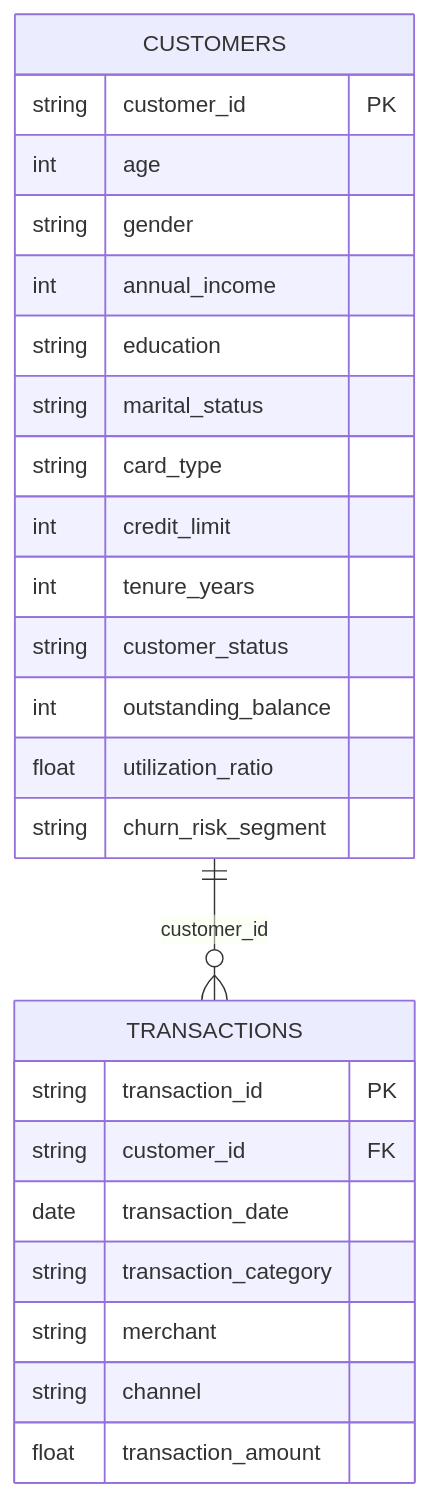
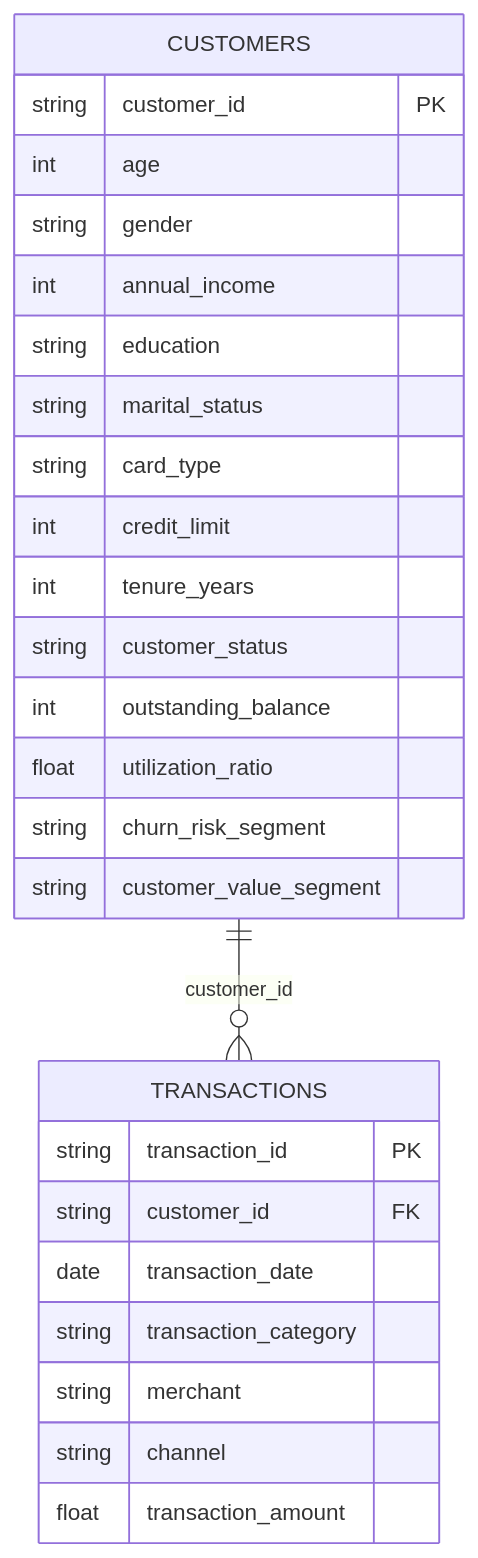
The diagram in README.md (roshan7460/Credit-Card-Customer-Analytics-banking-), drawn with Mermaid before and after one commit. The commit also changed other lines of this file, not shown here.

````diff
--- a/README.md
+++ b/README.md
@@ -112,30 +120,31 @@
 ```mermaid
 erDiagram
     CUSTOMERS ||--o{ TRANSACTIONS : customer_id
 
     CUSTOMERS {
         string customer_id PK
         int age
         string gender
         int annual_income
         string education
         string marital_status
         string card_type
         int credit_limit
         int tenure_years
         string customer_status
         int outstanding_balance
         float utilization_ratio
         string churn_risk_segment
+        string customer_value_segment
     }
 
     TRANSACTIONS {
         string transaction_id PK
         string customer_id FK
         date transaction_date
         string transaction_category
         string merchant
         string channel
         float transaction_amount
     }
 ```
````
